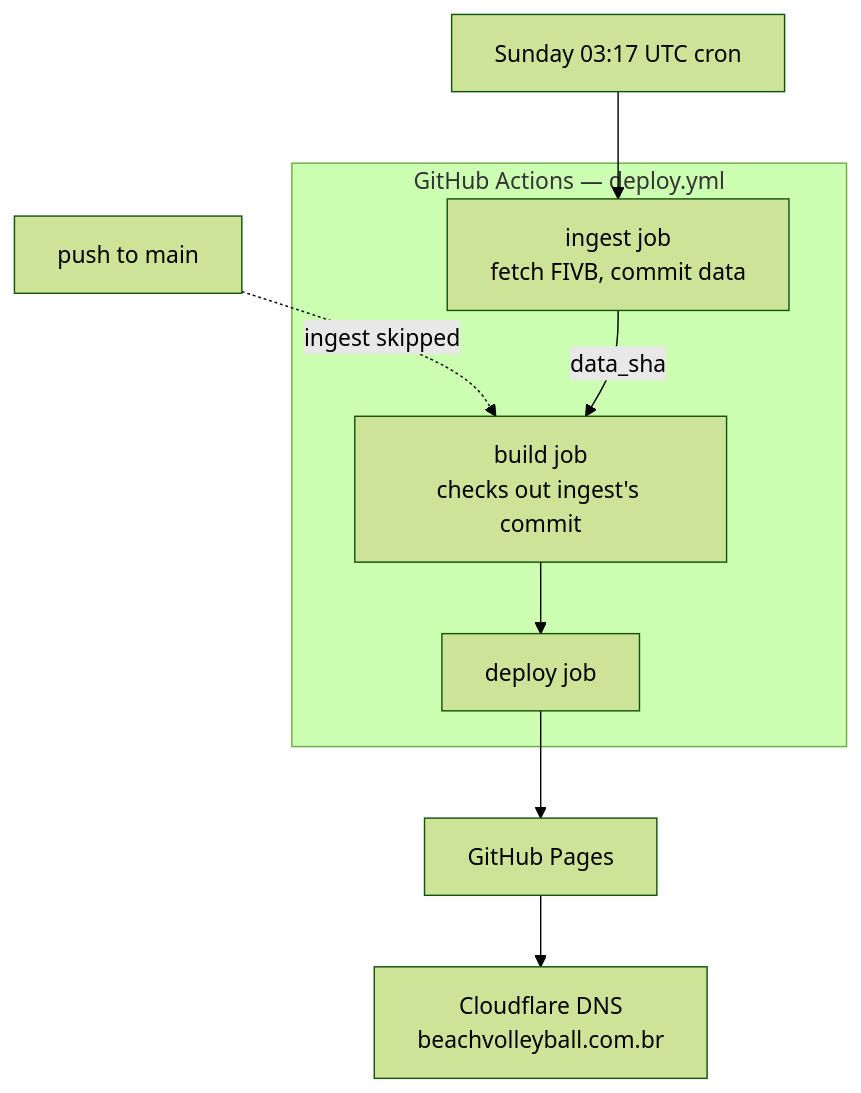
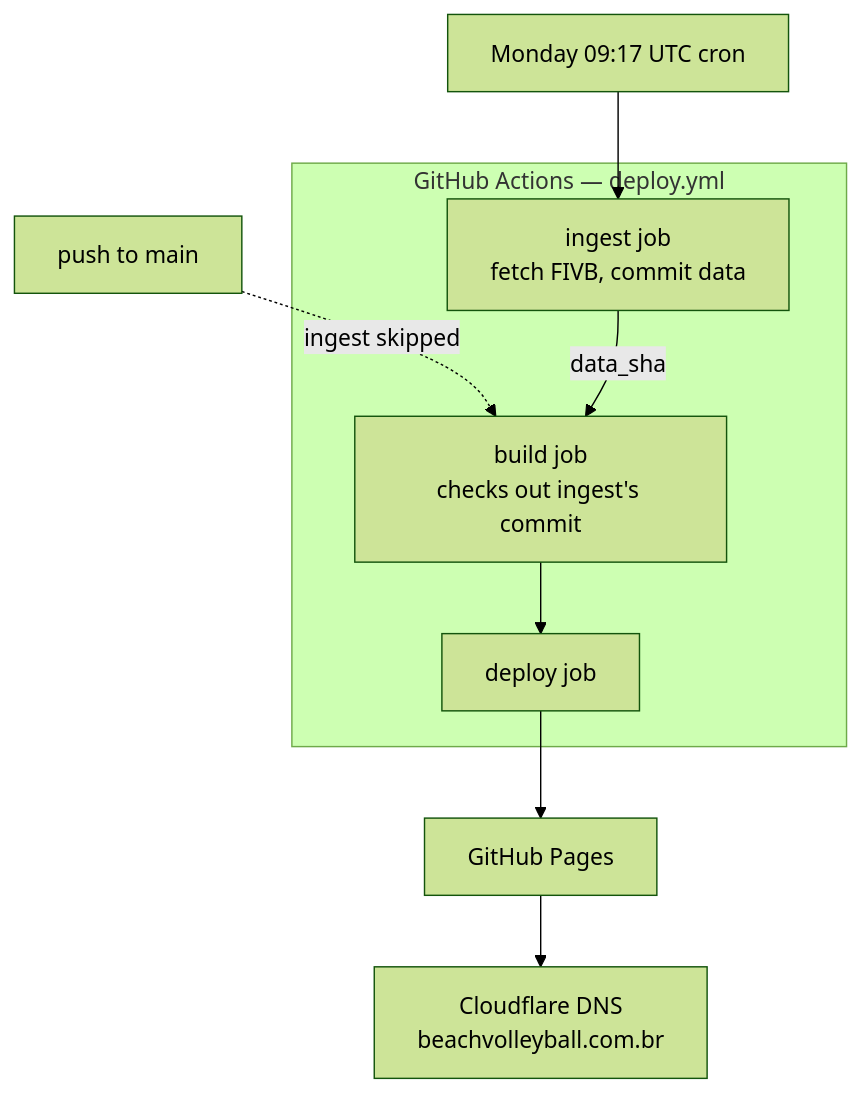
One commit to eduardopicado/beach-volleyball-graph changed the fourth of 4 diagrams in docs/architecture.md. Above: the diagram before and after it, drawn with Mermaid (forest theme). The commit also changed 4 other files, not shown here.

First line of the commit message:
Refresh on Monday morning, not Sunday night

````diff
--- a/docs/architecture.md
+++ b/docs/architecture.md
@@ -190,15 +190,15 @@
 ```mermaid
 flowchart TD
-  CRON["Sunday 03:17 UTC cron"] --> ING
+  CRON["Monday 09:17 UTC cron"] --> ING
   PUSH["push to main"] -.->|"ingest skipped"| BUILD
 
   subgraph gha["GitHub Actions — deploy.yml"]
     ING["ingest job<br/>fetch FIVB, commit data"]
     BUILD["build job<br/>checks out ingest's commit"]
     DEP["deploy job"]
     ING -->|data_sha| BUILD --> DEP
   end
 
   DEP --> PAGES["GitHub Pages"]
   PAGES --> CF["Cloudflare DNS<br/>beachvolleyball.com.br"]
 ```
````
